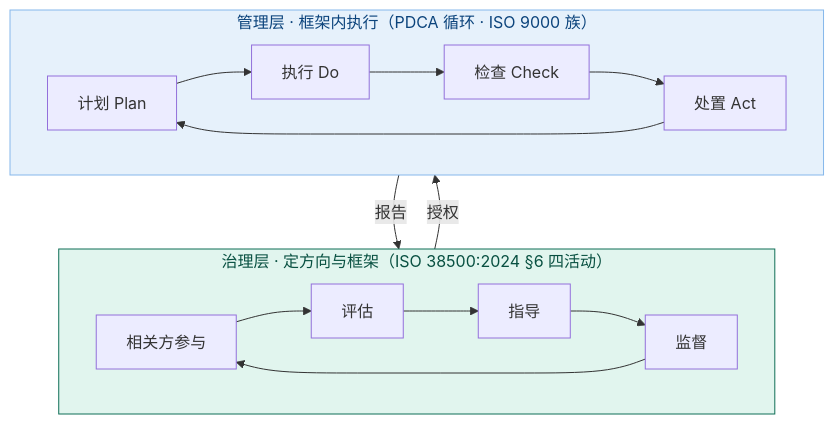
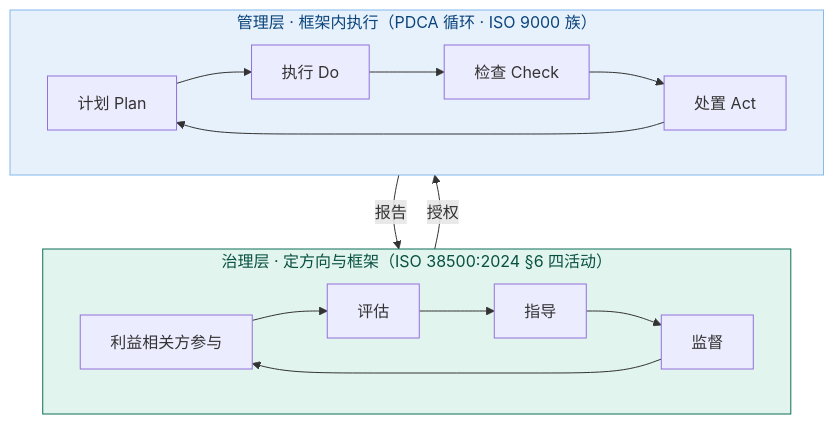
The seventh of 14 diagrams in 100-subprojects/01-系统工程研究/00-系统工程相关研究报告/08-治理概念研究报告-从词源到翻译史.md (Yongjunzhou/AOS-system-design), drawn with Mermaid before and after one commit. The commit also changed other lines of this file and 38 other files, not shown here.

````diff
--- a/100-subprojects/01-系统工程研究/00-系统工程相关研究报告/08-治理概念研究报告-从词源到翻译史.md
+++ b/100-subprojects/01-系统工程研究/00-系统工程相关研究报告/08-治理概念研究报告-从词源到翻译史.md
@@ -255,20 +275,20 @@
 ```mermaid
 flowchart TB
     subgraph GOV["治理层 · 定方向与框架（ISO 38500:2024 §6 四活动）"]
-        G1["相关方参与"] --> G2["评估"]
+        G1["利益相关方参与"] --> G2["评估"]
         G2 --> G3["指导"]
         G3 --> G4["监督"]
         G4 --> G1
     end
     subgraph MGT["管理层 · 框架内执行（PDCA 循环 · ISO 9000 族）"]
         M1["计划 Plan"] --> M2["执行 Do"]
         M2 --> M3["检查 Check"]
         M3 --> M4["处置 Act"]
         M4 --> M1
     end
     GOV -->|"授权"| MGT
     MGT -->|"报告"| GOV
 
     style GOV fill:#E1F5EE,stroke:#0F6E56,color:#085041
     style MGT fill:#E6F1FB,stroke:#85B7EB,color:#0C447C
 ```
````
